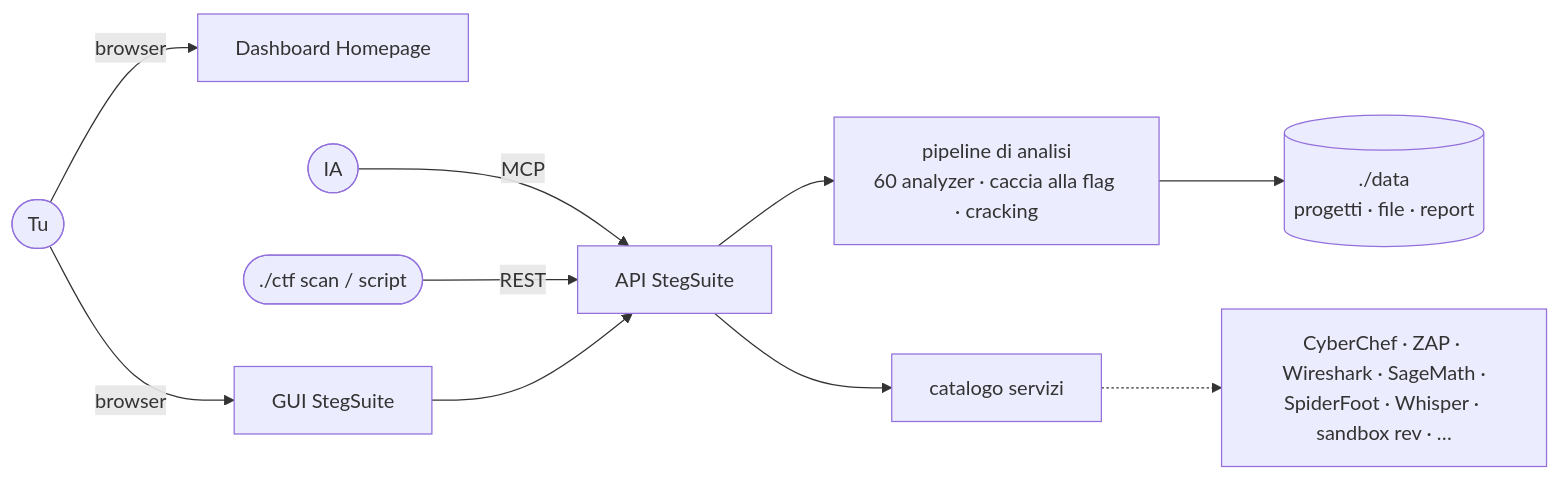
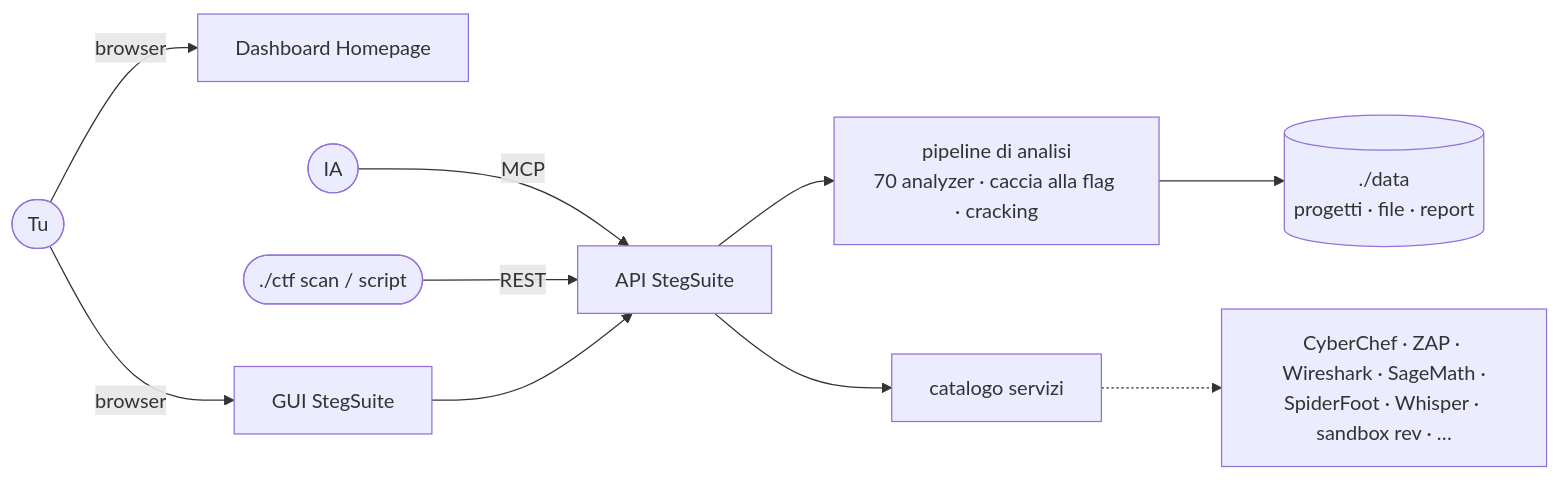
Before and after one commit to dexRand/ctf-docker: the diagram in README.it.md, drawn with Mermaid. The commit also changed other lines of this file and 2 other files, not shown here.

````diff
--- a/README.it.md
+++ b/README.it.md
@@ -88,12 +88,12 @@
 ```mermaid
 flowchart LR
   tu([Tu]) -->|browser| dash[Dashboard Homepage]
   tu -->|browser| ss[GUI StegSuite]
   ia([IA]) -->|MCP| api
   cli([./ctf scan / script]) -->|REST| api
   ss --> api[API StegSuite]
-  api --> pipe[pipeline di analisi<br/>60 analyzer · caccia alla flag · cracking]
+  api --> pipe[pipeline di analisi<br/>70 analyzer · caccia alla flag · cracking]
   pipe --> data[(./data<br/>progetti · file · report)]
   api --> svc[catalogo servizi]
   svc -.-> tools[CyberChef · ZAP · Wireshark · SageMath ·<br/>SpiderFoot · Whisper · sandbox rev · …]
 ```
````
